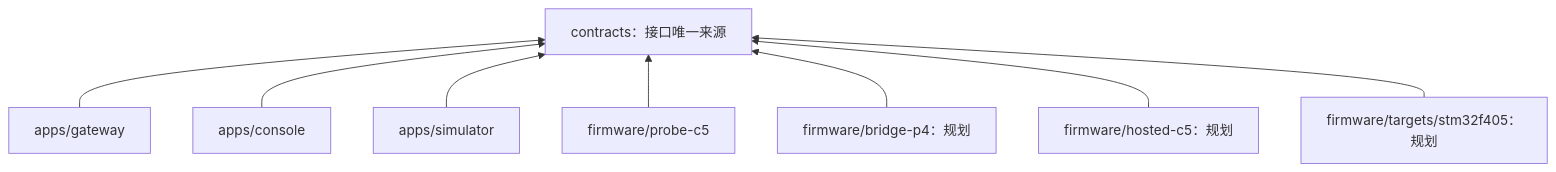
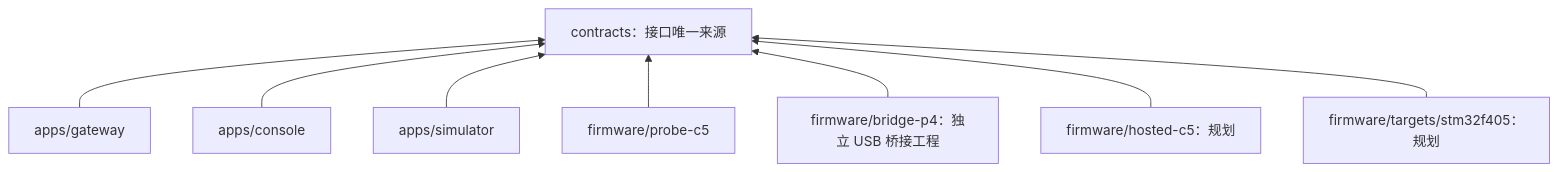
The fourth of 8 diagrams in docs/architecture/overview.md (loopgap/TetherBench), drawn with Mermaid before and after one commit. The commit also changed other lines of this file and 13 other files, not shown here.

Commit message:
feat(p4): add bounded USB bridge frame route

````diff
--- a/docs/architecture/overview.md
+++ b/docs/architecture/overview.md
@@ -56,11 +58,11 @@
 ```mermaid
 flowchart BT
   CONTRACTS[contracts：接口唯一来源]
   GW[apps/gateway] --> CONTRACTS
   CONSOLE[apps/console] --> CONTRACTS
   SIM[apps/simulator] --> CONTRACTS
   PROBE[firmware/probe-c5] --> CONTRACTS
-  P4[firmware/bridge-p4：规划] --> CONTRACTS
+  P4[firmware/bridge-p4：独立 USB 桥接工程] --> CONTRACTS
   HOSTED[firmware/hosted-c5：规划] --> CONTRACTS
   MCU[firmware/targets/stm32f405：规划] --> CONTRACTS
 ```
````
